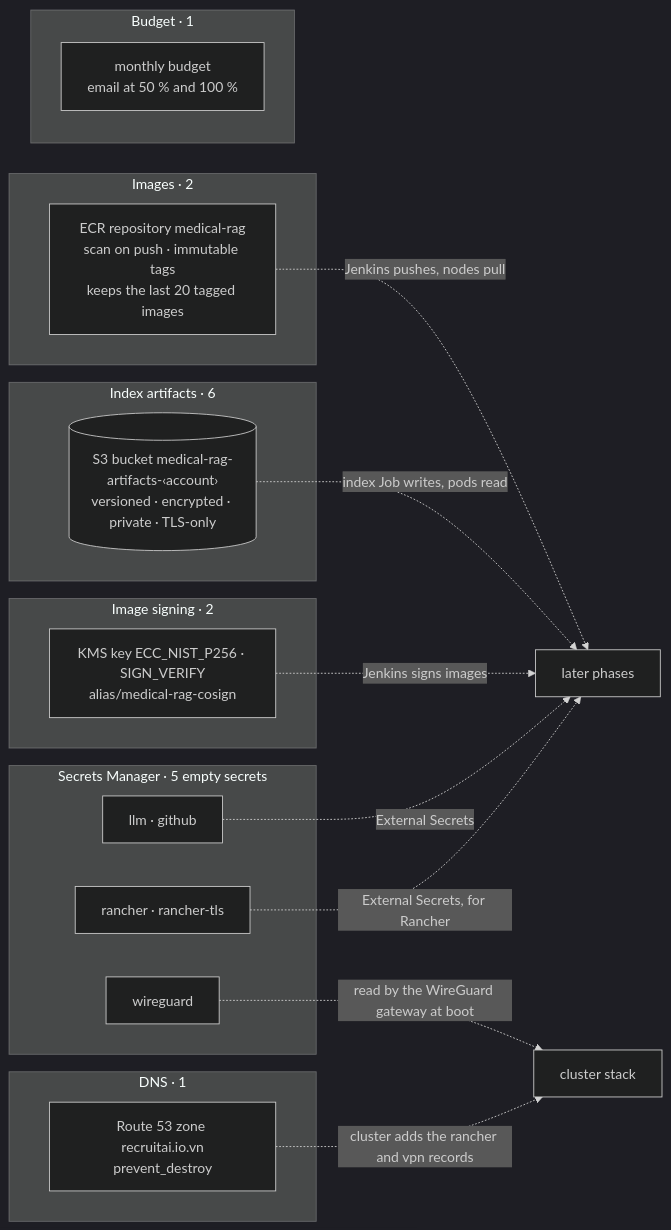
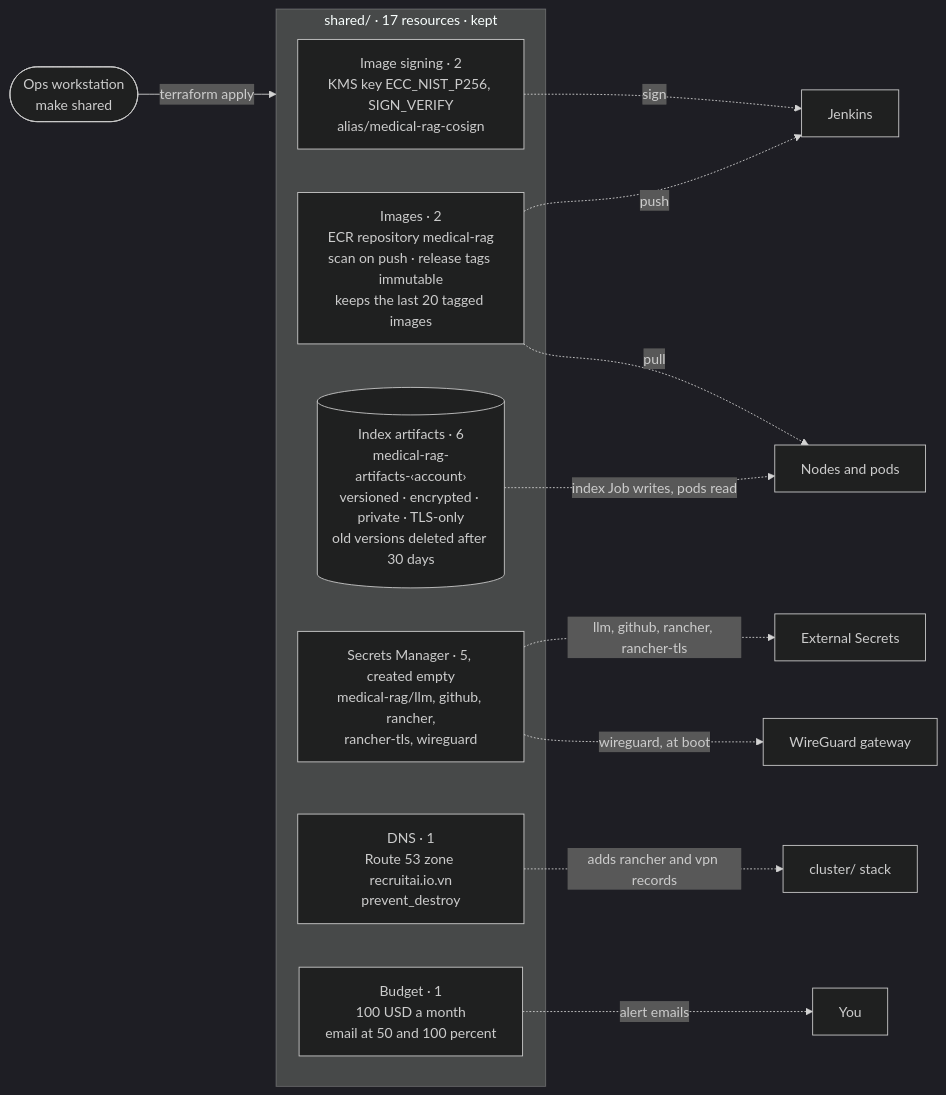
The fourth of 6 diagrams in docs/terraform/README.md (biabeogo147/Medical-RAG-Chatbot), drawn with Mermaid (dark theme) before and after one commit. The commit also changed other lines of this file and 1 other file, not shown here.

First line of the commit message:
docs: simplify step 18 and draw each Terraform stack

````diff
--- a/docs/terraform/README.md
+++ b/docs/terraform/README.md
@@ -150,36 +160,27 @@
 ```mermaid
 flowchart LR
-    subgraph IMAGES["Images · 2"]
-        ECR["ECR repository medical-rag<br/>scan on push · immutable tags<br/>keeps the last 20 tagged images"]
+    WS(["Ops workstation<br/>make shared"])
+    subgraph SHARED["shared/ · 17 resources · kept"]
+        KMS["Image signing · 2<br/>KMS key ECC_NIST_P256, SIGN_VERIFY<br/>alias/medical-rag-cosign"]
+        ECR["Images · 2<br/>ECR repository medical-rag<br/>scan on push · release tags immutable<br/>keeps the last 20 tagged images"]
+        ART[("Index artifacts · 6<br/>medical-rag-artifacts-‹account›<br/>versioned · encrypted · private · TLS-only<br/>old versions deleted after 30 days")]
+        SEC["Secrets Manager · 5, created empty<br/>medical-rag/llm, github, rancher,<br/>rancher-tls, wireguard"]
+        ZONE["DNS · 1<br/>Route 53 zone recruitai.io.vn<br/>prevent_destroy"]
+        BUD["Budget · 1<br/>100 USD a month<br/>email at 50 and 100 percent"]
     end
-
-    subgraph INDEX["Index artifacts · 6"]
-        ART[("S3 bucket medical-rag-artifacts-‹account›<br/>versioned · encrypted · private · TLS-only")]
-    end
-
-    subgraph SIGN["Image signing · 2"]
-        KMS["KMS key ECC_NIST_P256 · SIGN_VERIFY<br/>alias/medical-rag-cosign"]
-    end
-
-    subgraph SECRETS["Secrets Manager · 5 empty secrets"]
-        APPS["llm · github"]
-        RAN["rancher · rancher-tls"]
-        WGS["wireguard"]
-    end
-
-    subgraph DNS["DNS · 1"]
-        ZONE["Route 53 zone recruitai.io.vn<br/>prevent_destroy"]
-    end
-
-    subgraph BUDGET["Budget · 1"]
-        BUD["monthly budget<br/>email at 50 % and 100 %"]
-    end
-
-    ECR -.->|"Jenkins pushes, nodes pull"| USE["later phases"]
-    ART -.->|"index Job writes, pods read"| USE
-    KMS -.->|"Jenkins signs images"| USE
-    APPS -.->|"External Secrets"| USE
-    RAN -.->|"External Secrets, for Rancher"| USE
-    WGS -.->|"read by the WireGuard gateway at boot"| CL["cluster stack"]
-    ZONE -.->|"cluster adds the rancher and vpn records"| CL
+    JEN["Jenkins"]
+    POD["Nodes and pods"]
+    ESO["External Secrets"]
+    WGG["WireGuard gateway"]
+    CLS["cluster/ stack"]
+    YOU["You"]
+    WS -->|"terraform apply"| SHARED
+    KMS -.->|"sign"| JEN
+    ECR -.->|"push"| JEN
+    ECR -.->|"pull"| POD
+    ART -.->|"index Job writes, pods read"| POD
+    SEC -.->|"llm, github, rancher, rancher-tls"| ESO
+    SEC -.->|"wireguard, at boot"| WGG
+    ZONE -.->|"adds rancher and vpn records"| CLS
+    BUD -.->|"alert emails"| YOU
 ```
````
